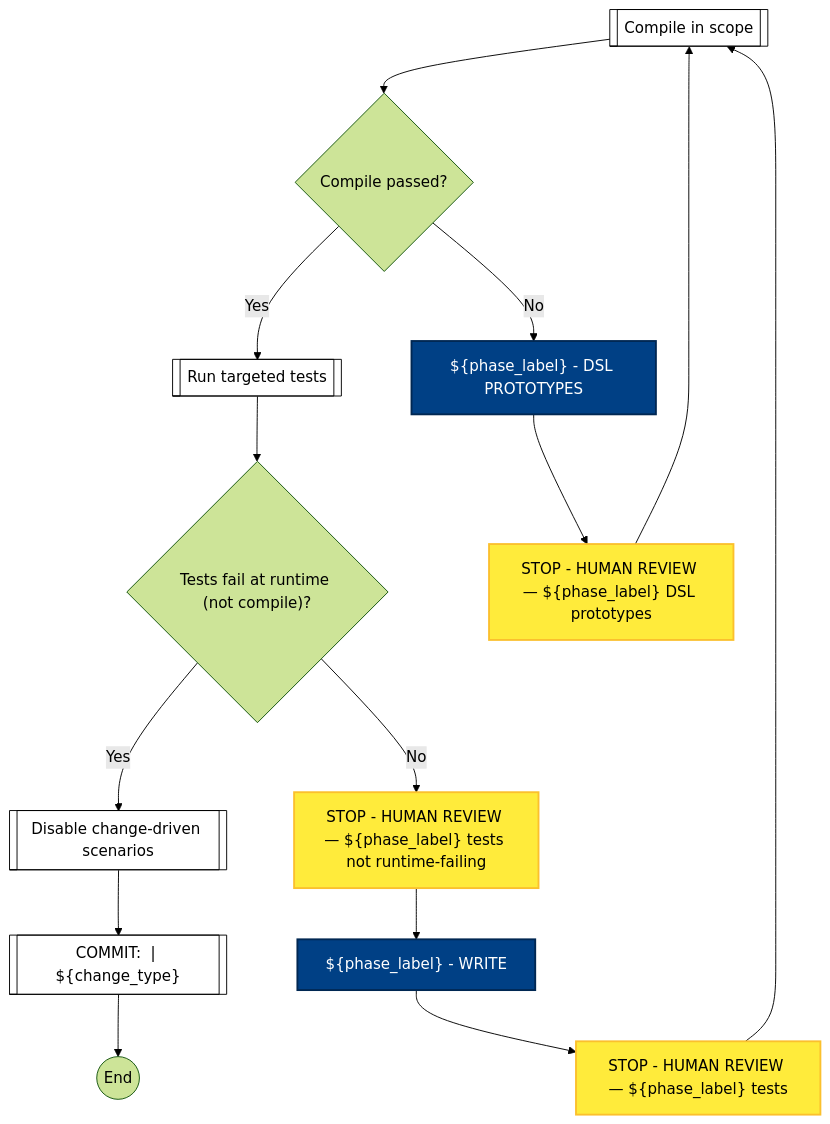
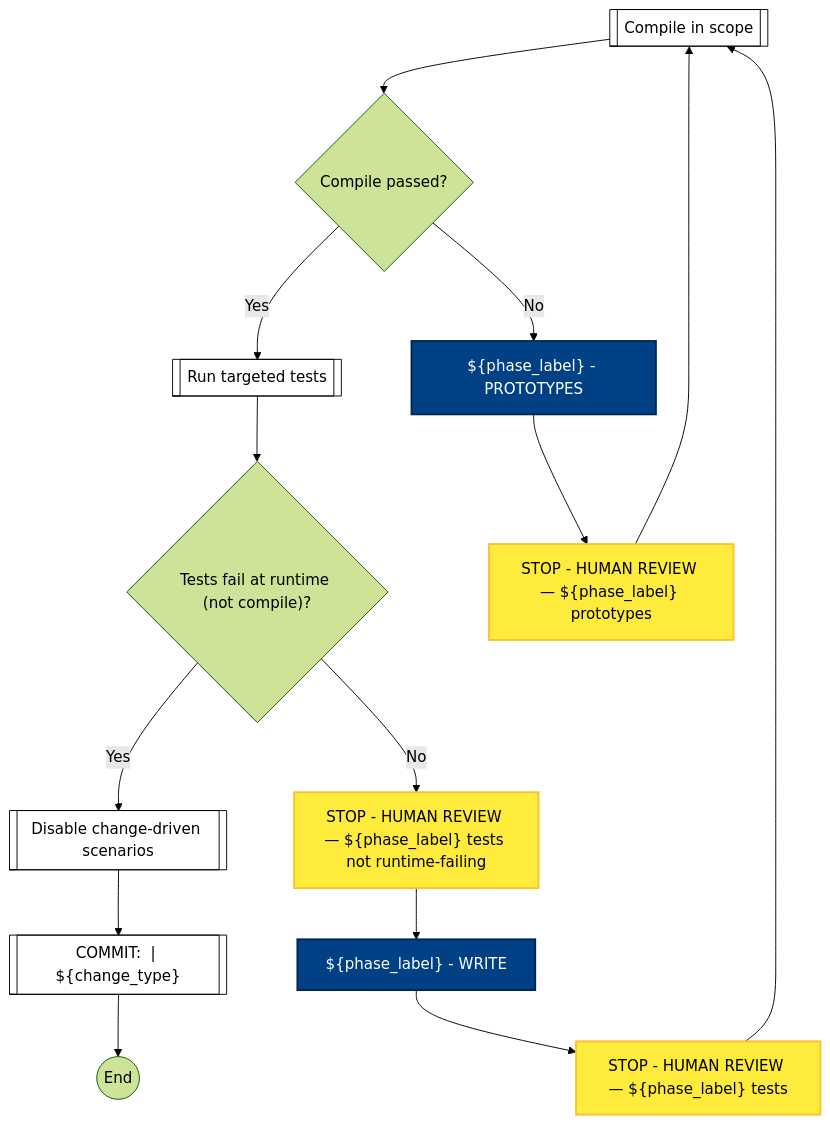
Before and after one commit to optivem/gh-optivem: diagram 12 of 13 in docs/process-diagram.md, drawn with Mermaid (forest theme). The commit also changed other lines of this file and 2 other files, not shown here.

Commit message:
atdd: regenerate process-flow diagram

````diff
--- a/docs/process-diagram.md
+++ b/docs/process-diagram.md
@@ -314,38 +311,38 @@
 ```mermaid
 flowchart TD
     COMMIT[["COMMIT: <Ticket> | ${change_type}"]]
     COMPILE[[Compile in scope]]
     DISABLE[[Disable change-driven scenarios]]
     GATE_COMPILE_OK{Compile passed?}
     GATE_RUN_FAILED_RUNTIME{"Tests fail at runtime (not compile)?"}
     RED_END((End))
     RUN[[Run targeted tests]]
-    STOP_DSL_PROTOTYPE_REVIEW["STOP - HUMAN REVIEW — ${phase_label} DSL prototypes"]
+    STOP_PROTOTYPE_REVIEW["STOP - HUMAN REVIEW — ${phase_label} prototypes"]
     STOP_RED_NOT_RUNTIME_FAIL["STOP - HUMAN REVIEW — ${phase_label} tests not runtime-failing"]
     STOP_RED_REVIEW["STOP - HUMAN REVIEW — ${phase_label} tests"]
     WRITE["${phase_label} - WRITE"]
-    WRITE_DSL_PROTOTYPES["${phase_label} - DSL PROTOTYPES"]
+    WRITE_PROTOTYPES["${phase_label} - PROTOTYPES"]
 
     WRITE --> STOP_RED_REVIEW
     STOP_RED_REVIEW --> COMPILE
     COMPILE --> GATE_COMPILE_OK
-    GATE_COMPILE_OK -- No --> WRITE_DSL_PROTOTYPES
+    GATE_COMPILE_OK -- No --> WRITE_PROTOTYPES
     GATE_COMPILE_OK -- Yes --> RUN
-    WRITE_DSL_PROTOTYPES --> STOP_DSL_PROTOTYPE_REVIEW
-    STOP_DSL_PROTOTYPE_REVIEW --> COMPILE
+    WRITE_PROTOTYPES --> STOP_PROTOTYPE_REVIEW
+    STOP_PROTOTYPE_REVIEW --> COMPILE
     RUN --> GATE_RUN_FAILED_RUNTIME
     GATE_RUN_FAILED_RUNTIME -- Yes --> DISABLE
     GATE_RUN_FAILED_RUNTIME -- No --> STOP_RED_NOT_RUNTIME_FAIL
     STOP_RED_NOT_RUNTIME_FAIL --> WRITE
     DISABLE --> COMMIT
     COMMIT --> RED_END
 
     classDef serviceNode fill:#ffffff,stroke:#000000,stroke-width:1px,color:#000000
     class COMMIT,COMPILE,DISABLE,RUN serviceNode
 
     classDef agentNode fill:#004085,stroke:#002752,stroke-width:2px,color:#ffffff
-    class WRITE,WRITE_DSL_PROTOTYPES agentNode
+    class WRITE,WRITE_PROTOTYPES agentNode
 
     classDef humanNode fill:#ffeb3b,stroke:#fbc02d,stroke-width:2px,color:#000000
-    class STOP_DSL_PROTOTYPE_REVIEW,STOP_RED_NOT_RUNTIME_FAIL,STOP_RED_REVIEW humanNode
+    class STOP_PROTOTYPE_REVIEW,STOP_RED_NOT_RUNTIME_FAIL,STOP_RED_REVIEW humanNode
 ```
````
